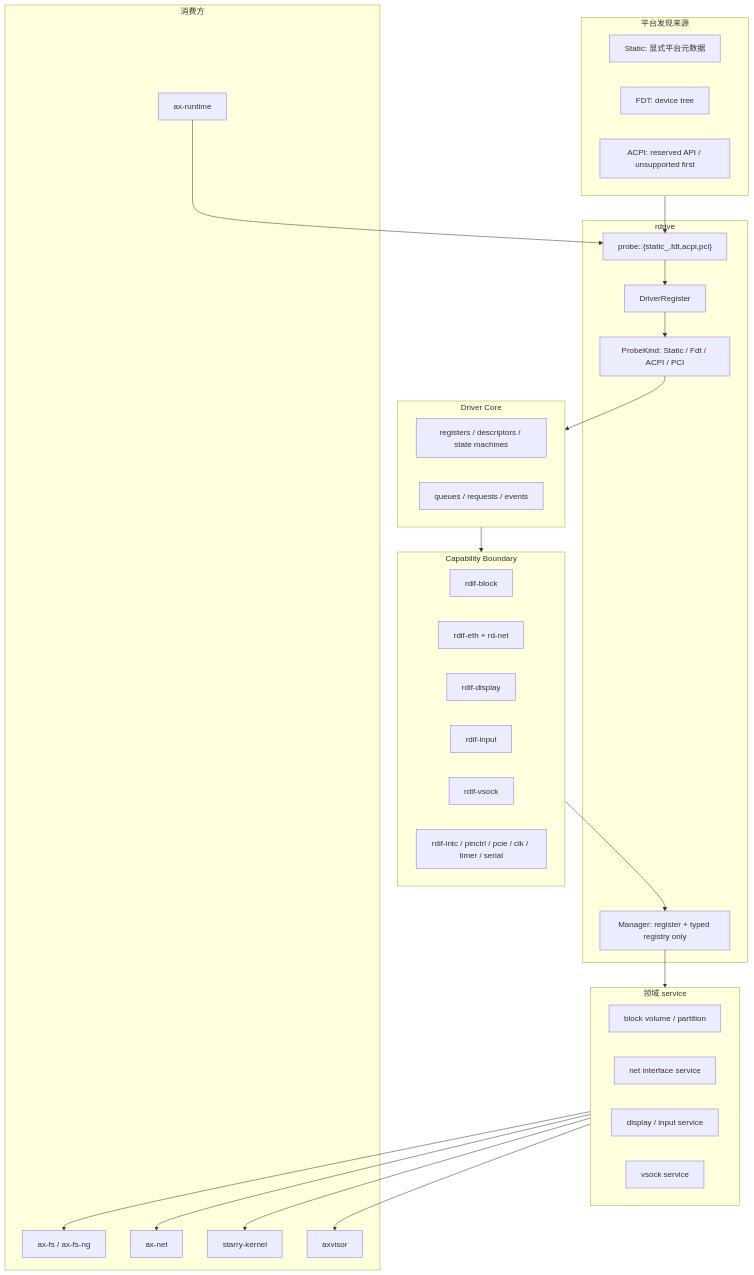
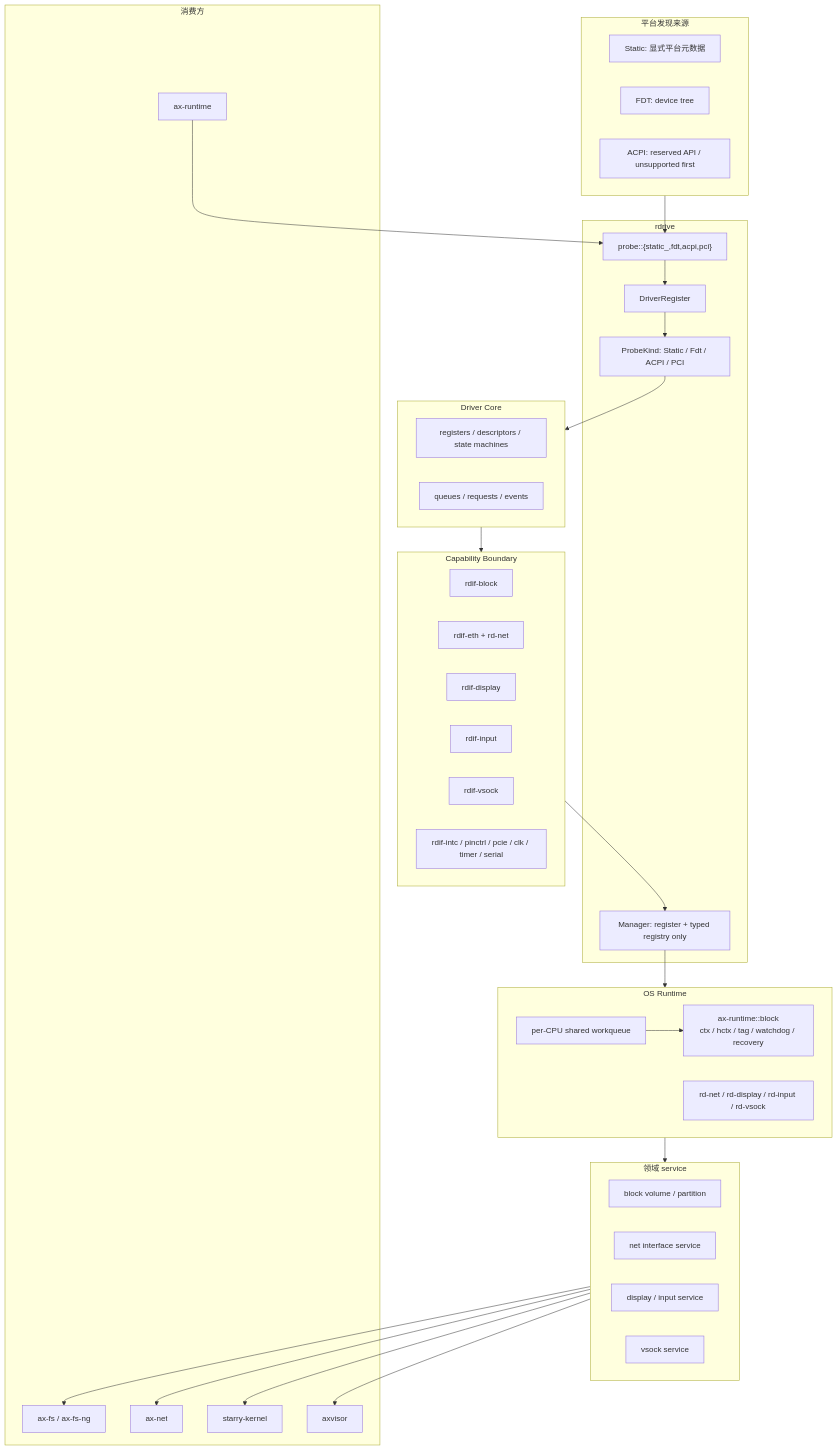
One commit to rcore-os/tgoskits changed the diagram in docs/docs/architecture/driver/architecture.md. Above: the diagram before and after it, drawn with Mermaid. The commit also changed other lines of this file and 640 other files, not shown here.

````diff
--- a/docs/docs/architecture/driver/architecture.md
+++ b/docs/docs/architecture/driver/architecture.md
@@ -12,57 +12,65 @@
 ```mermaid
 flowchart TB
     subgraph Sources["平台发现来源"]
         Static["Static: 显式平台元数据"]
         Fdt["FDT: device tree"]
         Acpi["ACPI: reserved API / unsupported first"]
     end
 
     subgraph Rdrive["rdrive"]
         Manager["Manager: register + typed registry only"]
         Register["DriverRegister"]
         Kind["ProbeKind: Static / Fdt / ACPI / PCI"]
         Backends["probe::{static_,fdt,acpi,pci}"]
     end
 
     subgraph DriverCore["Driver Core"]
         HwState["registers / descriptors / state machines"]
         Queues["queues / requests / events"]
     end
 
     subgraph Capability["Capability Boundary"]
         RdifBlock["rdif-block"]
         RdifEth["rdif-eth + rd-net"]
         RdifDisplay["rdif-display"]
         RdifInput["rdif-input"]
         RdifVsock["rdif-vsock"]
         RdifPlatform["rdif-intc / pinctrl / pcie / clk / timer / serial"]
     end
 
+    subgraph OsRuntime["OS Runtime"]
+        BlockRuntime["ax-runtime::block<br/>ctx / hctx / tag / watchdog / recovery"]
+        SharedWorkers["per-CPU shared workqueue"]
+        OtherRuntime["rd-net / rd-display / rd-input / rd-vsock"]
+    end
+
     subgraph Services["领域 service"]
         BlockVolume["block volume / partition"]
         NetService["net interface service"]
         UiService["display / input service"]
         VsockService["vsock service"]
     end
 
     subgraph Consumers["消费方"]
         Runtime["ax-runtime"]
         Fs["ax-fs / ax-fs-ng"]
         Net["ax-net"]
         Starry["starry-kernel"]
         Axvisor["axvisor"]
     end
 
     Sources --> Backends
     Backends --> Register
     Register --> Kind
     Kind --> DriverCore
     DriverCore --> Capability
     Capability --> Manager
     Runtime --> Backends
-    Manager --> Services
+    Manager --> OsRuntime
+    SharedWorkers --> BlockRuntime
+    OsRuntime --> Services
     Services --> Fs
     Services --> Net
     Services --> Starry
     Services --> Axvisor
 ```
````
